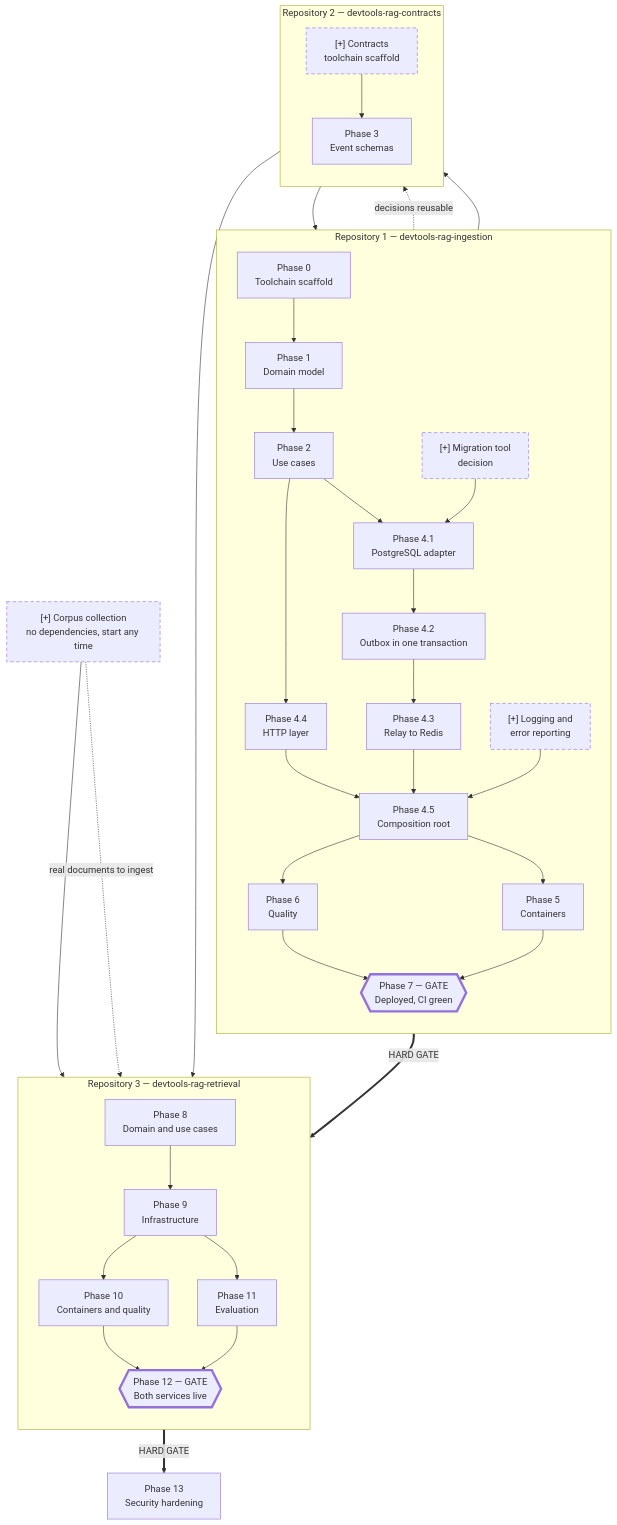
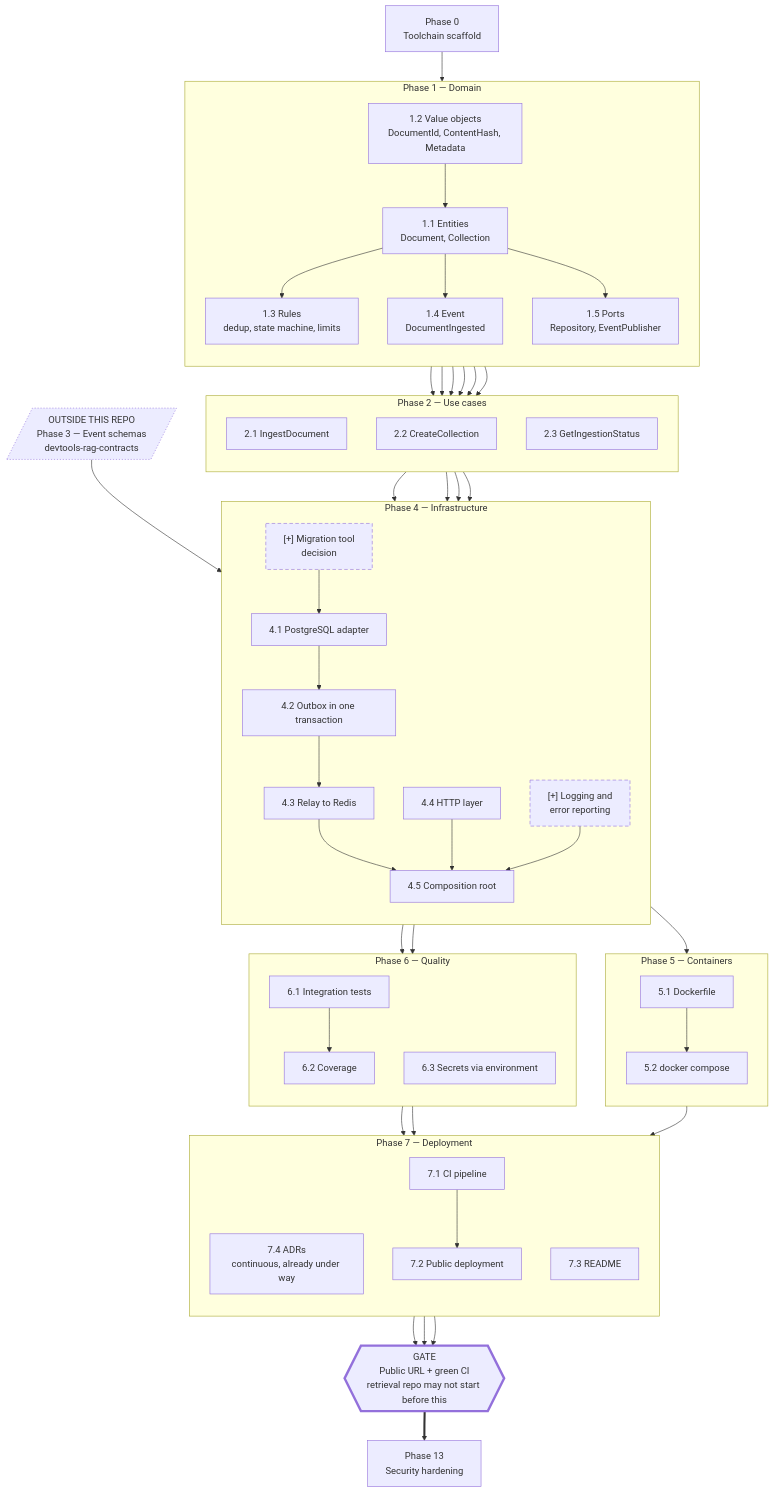
Before and after one commit to 1dardo1/devtools-rag-ingestion: the diagram in docs/BUILD-PLAN.md, drawn with Mermaid. The commit also changed other lines of this file and 1 other file, not shown here.

Commit message:
docs: scope the build plan to this repository and drop to unit level
Removes the contracts and retrieval phases. Phase 3 stays as a single node
marked as external, because 4.3 cannot proceed without the shared schema.
The freed space is spent going from phase level to unit level, which is
where the parallelism actually is: 1.3/1.4/1.5, and 2.1/2.2/2.3.

Claude-Session: https://claude.ai/code/session_01MiTf8g4WUf5mvkUoLiv7By

````diff
--- a/docs/BUILD-PLAN.md
+++ b/docs/BUILD-PLAN.md
@@ -17,71 +21,100 @@
 ```mermaid
 flowchart TD
-    subgraph ING["Repository 1 — devtools-rag-ingestion"]
+    P0["Phase 0<br/>Toolchain scaffold"]
+
+    subgraph PH1["Phase 1 — Domain"]
         direction TB
-        P0["Phase 0<br/>Toolchain scaffold"]
-        P1["Phase 1<br/>Domain model"]
-        P2["Phase 2<br/>Use cases"]
-        ADD_MIG["[+] Migration tool<br/>decision"]
-        P41["Phase 4.1<br/>PostgreSQL adapter"]
-        P42["Phase 4.2<br/>Outbox in one transaction"]
-        P43["Phase 4.3<br/>Relay to Redis"]
-        P44["Phase 4.4<br/>HTTP layer"]
-        ADD_LOG["[+] Logging and<br/>error reporting"]
-        P45["Phase 4.5<br/>Composition root"]
-        P5["Phase 5<br/>Containers"]
-        P6["Phase 6<br/>Quality"]
-        GATE1{{"Phase 7 — GATE<br/>Deployed, CI green"}}
+        U12["1.2 Value objects<br/>DocumentId, ContentHash, Metadata"]
+        U11["1.1 Entities<br/>Document, Collection"]
+        U13["1.3 Rules<br/>dedup, state machine, limits"]
+        U14["1.4 Event<br/>DocumentIngested"]
+        U15["1.5 Ports<br/>Repository, EventPublisher"]
     end
 
-    subgraph CON["Repository 2 — devtools-rag-contracts"]
+    subgraph PH2["Phase 2 — Use cases"]
         direction TB
-        ADD_C0["[+] Contracts<br/>toolchain scaffold"]
-        P3["Phase 3<br/>Event schemas"]
+        U21["2.1 IngestDocument"]
+        U22["2.2 CreateCollection"]
+        U23["2.3 GetIngestionStatus"]
     end
 
-    subgraph RET["Repository 3 — devtools-rag-retrieval"]
+    EXT3[/"OUTSIDE THIS REPO<br/>Phase 3 — Event schemas<br/>devtools-rag-contracts"/]
+
+    subgraph PH4["Phase 4 — Infrastructure"]
         direction TB
-        P8["Phase 8<br/>Domain and use cases"]
-        P9["Phase 9<br/>Infrastructure"]
-        P10["Phase 10<br/>Containers and quality"]
-        P11["Phase 11<br/>Evaluation"]
-        GATE2{{"Phase 12 — GATE<br/>Both services live"}}
+        ADD_MIG["[+] Migration tool<br/>decision"]
+        U41["4.1 PostgreSQL adapter"]
+        U42["4.2 Outbox in one transaction"]
+        U43["4.3 Relay to Redis"]
+        U44["4.4 HTTP layer"]
+        ADD_LOG["[+] Logging and<br/>error reporting"]
+        U45["4.5 Composition root"]
     end
 
-    ADD_CORP["[+] Corpus collection<br/>no dependencies, start any time"]
+    subgraph PH5["Phase 5 — Containers"]
+        direction TB
+        U51["5.1 Dockerfile"]
+        U52["5.2 docker compose"]
+    end
+
+    subgraph PH6["Phase 6 — Quality"]
+        direction TB
+        U61["6.1 Integration tests"]
+        U62["6.2 Coverage"]
+        U63["6.3 Secrets via environment"]
+    end
+
+    subgraph PH7["Phase 7 — Deployment"]
+        direction TB
+        U74["7.4 ADRs<br/>continuous, already under way"]
+        U73["7.3 README"]
+        U71["7.1 CI pipeline"]
+        U72["7.2 Public deployment"]
+    end
+
+    GATE{{"GATE<br/>Public URL + green CI<br/>retrieval repo may not start before this"}}
     P13["Phase 13<br/>Security hardening"]
 
-    P0 --> P1 --> P2
-    P0 -.->|"decisions reusable"| ADD_C0
-    ADD_C0 --> P3
-    P2 --> P3
+    P0 --> U12 --> U11
+    U11 --> U13
+    U11 --> U14
+    U11 --> U15
 
-    P2 --> P41
-    ADD_MIG --> P41
-    P41 --> P42 --> P43
-    P2 --> P44
-    P3 --> P43
-    P43 --> P45
-    P44 --> P45
-    ADD_LOG --> P45
+    U13 --> U21
+    U14 --> U21
+    U15 --> U21
+    U13 --> U22
+    U15 --> U22
+    U15 --> U23
 
-    P45 --> P5
-    P45 --> P6
-    P5 --> GATE1
-    P6 --> GATE1
+    U21 --> U41
+    ADD_MIG --> U41
+    U41 --> U42 --> U43
+    EXT3 --> U43
+    U21 --> U44
+    U22 --> U44
+    U23 --> U44
+    U43 --> U45
+    U44 --> U45
+    ADD_LOG --> U45
 
-    GATE1 ==>|"HARD GATE"| P8
-    P3 --> P8
-    P8 --> P9 --> P10
-    P9 --> P11
-    ADD_CORP --> P11
-    ADD_CORP -.->|"real documents to ingest"| P9
-    P10 --> GATE2
-    P11 --> GATE2
-    GATE2 ==>|"HARD GATE"| P13
+    U45 --> U51 --> U52
+    U45 --> U61 --> U62
+    U45 --> U63
+
+    U62 --> U71
+    U63 --> U71
+    U52 --> U72
+    U71 --> U72
+    U72 --> GATE
+    U73 --> GATE
+    U74 --> GATE
+    GATE ==> P13
 
     classDef gate stroke-width:4px
     classDef added stroke-dasharray: 6 4
-    class GATE1,GATE2 gate
-    class ADD_MIG,ADD_LOG,ADD_C0,ADD_CORP added
+    classDef outside stroke-dasharray: 2 3
+    class GATE gate
+    class ADD_MIG,ADD_LOG added
+    class EXT3 outside
 ```
````
